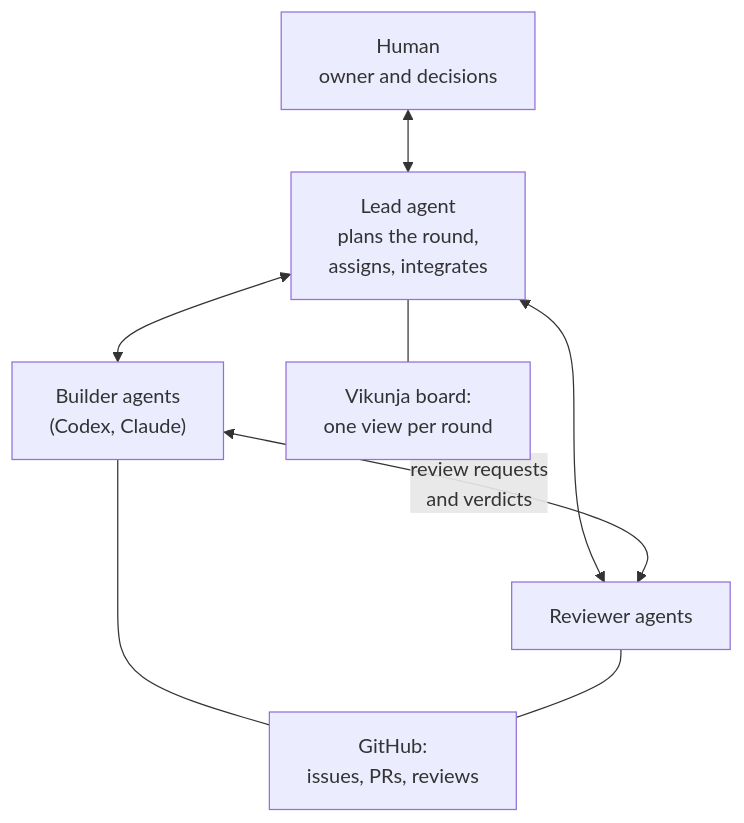
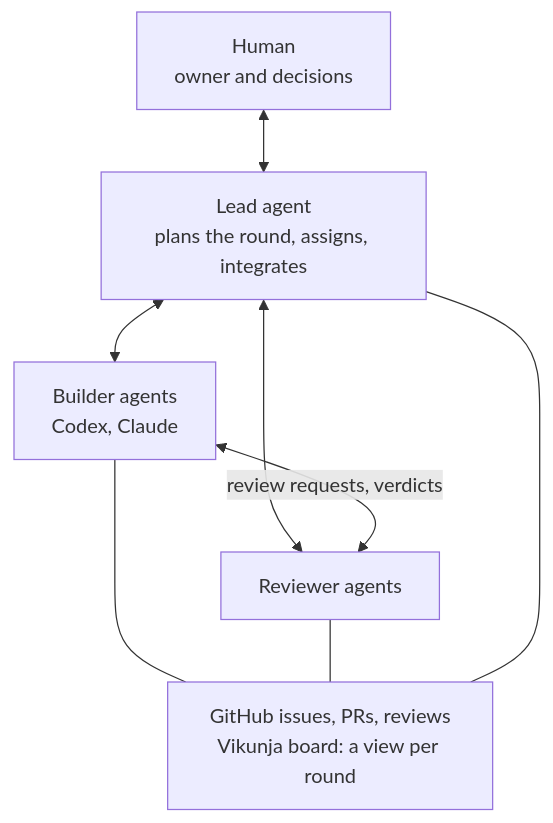
Before and after one commit to smarterworkerai/.github: the third of 4 diagrams in profile/README.md, drawn with Mermaid. The commit also changed other lines of this file, not shown here.

First line of the commit message:
Profile: narrower diagrams (GitHub controls no longer cover them)

````diff
--- a/profile/README.md
+++ b/profile/README.md
@@ -82,9 +72,8 @@
 ```mermaid
 flowchart TB
-    HUM["Human<br/>owner and decisions"] <--> LEAD["Lead agent<br/>plans the round,<br/>assigns, integrates"]
-    LEAD <--> A1["Builder agents<br/>(Codex, Claude)"]
+    HUM["Human<br/>owner and decisions"] <--> LEAD["Lead agent<br/>plans the round, assigns, integrates"]
+    LEAD <--> A1["Builder agents<br/>Codex, Claude"]
     LEAD <--> A2["Reviewer agents"]
-    A1 <-- "review requests<br/>and verdicts" --> A2
-    LEAD --- BOARD["Vikunja board:<br/>one view per round"]
-    A1 & A2 --- GH["GitHub:<br/>issues, PRs, reviews"]
+    A1 <-- "review requests, verdicts" --> A2
+    A1 & A2 & LEAD --- REC["GitHub issues, PRs, reviews<br/>Vikunja board: a view per round"]
 ```
````
